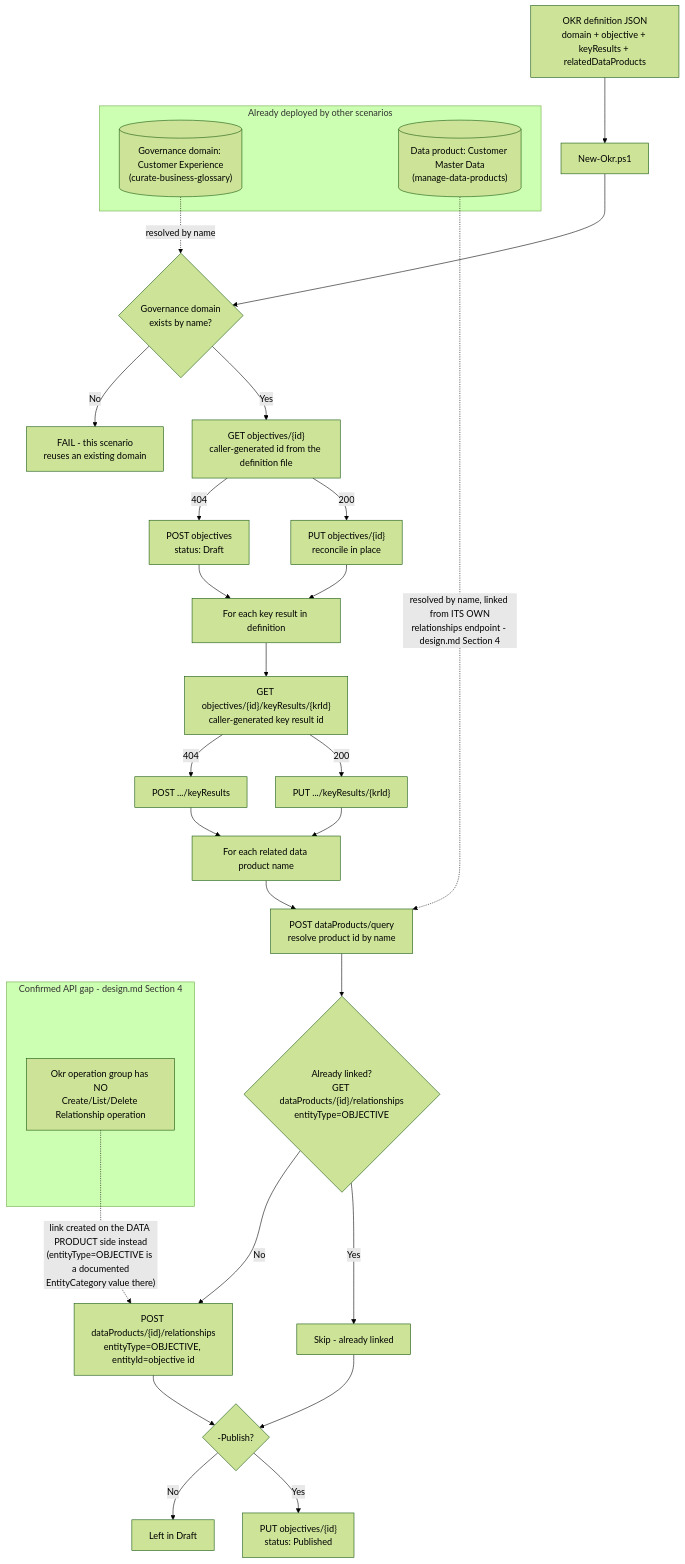
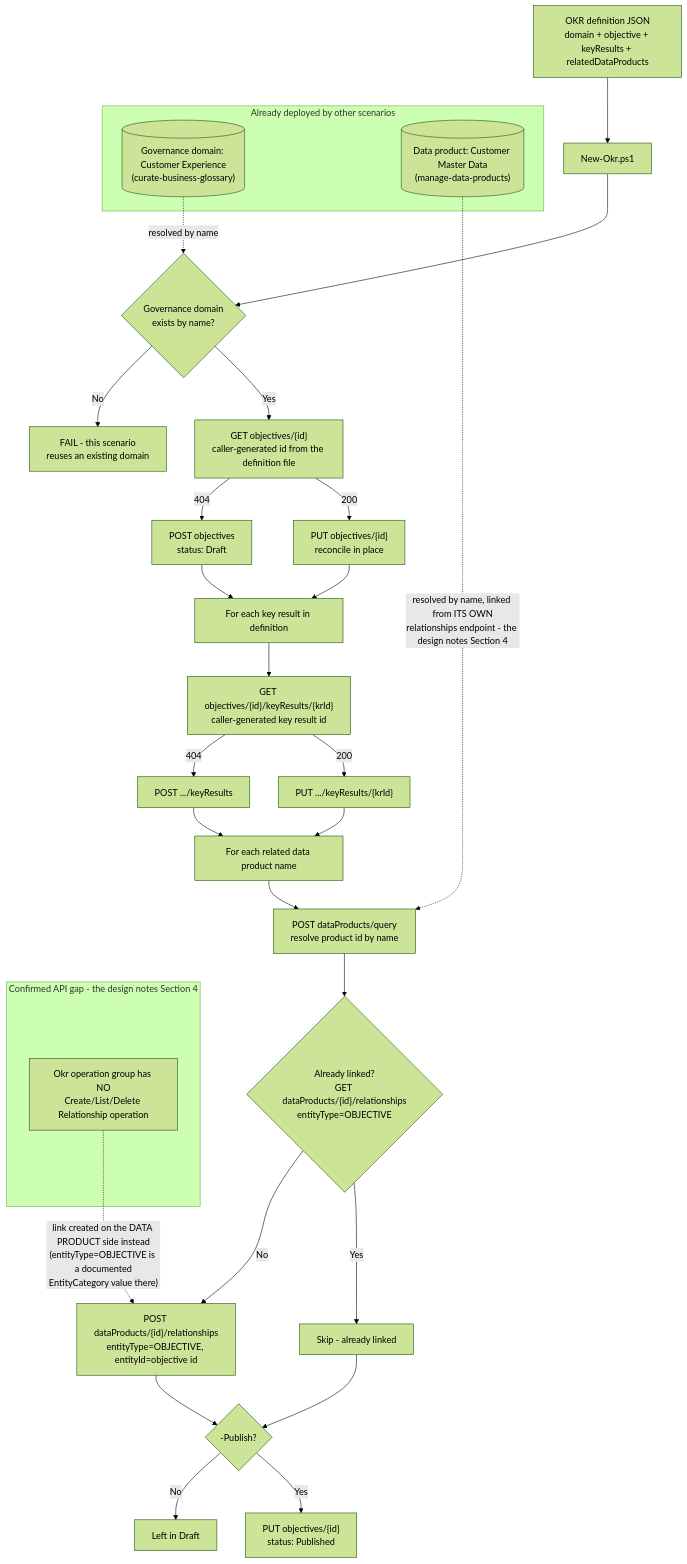
Before and after one commit to kpsec1/kpsec1.github.io: the diagram in src/content/scenarios/unified-catalog/manage-okrs.md, drawn with Mermaid (forest theme). The commit also changed 269 other files, not shown here.

````diff
--- a/src/content/scenarios/unified-catalog/manage-okrs.md
+++ b/src/content/scenarios/unified-catalog/manage-okrs.md
@@ -54,36 +54,36 @@
 ```mermaid
 flowchart TD
     A[OKR definition JSON<br/>domain + objective + keyResults + relatedDataProducts] --> B[New-Okr.ps1]
     B --> C{Governance domain<br/>exists by name?}
     C -- No --> X[FAIL - this scenario<br/>reuses an existing domain]
     C -- Yes --> D["GET objectives/{id}<br/>caller-generated id from the definition file"]
     D -- 404 --> E["POST objectives<br/>status: Draft"]
     D -- 200 --> F["PUT objectives/{id}<br/>reconcile in place"]
     E --> G
     F --> G[For each key result in definition]
     G --> H["GET objectives/{id}/keyResults/{krId}<br/>caller-generated key result id"]
     H -- 404 --> I["POST .../keyResults"]
     H -- 200 --> J["PUT .../keyResults/{krId}"]
     I --> K
     J --> K[For each related data product name]
     K --> L["POST dataProducts/query<br/>resolve product id by name"]
     L --> M{"Already linked?<br/>GET dataProducts/{id}/relationships<br/>entityType=OBJECTIVE"}
     M -- No --> N["POST dataProducts/{id}/relationships<br/>entityType=OBJECTIVE, entityId=objective id"]
     M -- Yes --> O[Skip - already linked]
     N --> P{-Publish?}
     O --> P
     P -- No --> Q[Left in Draft]
     P -- Yes --> R["PUT objectives/{id}<br/>status: Published"]
 
     subgraph Upstream["Already deployed by other scenarios"]
         DOM[("Governance domain: Customer Experience<br/>(curate-business-glossary)")]
         DP[("Data product: Customer Master Data<br/>(manage-data-products)")]
     end
     DOM -.->|resolved by name| C
-    DP -.->|resolved by name, linked from ITS OWN<br/>relationships endpoint - design.md Section 4| L
+    DP -.->|resolved by name, linked from ITS OWN<br/>relationships endpoint - the design notes Section 4| L
 
-    subgraph Gap["Confirmed API gap - design.md Section 4"]
+    subgraph Gap["Confirmed API gap - the design notes Section 4"]
         GAP["Okr operation group has NO<br/>Create/List/Delete Relationship operation"]
     end
     GAP -.->|"link created on the DATA PRODUCT side instead<br/>(entityType=OBJECTIVE is a documented<br/>EntityCategory value there)"| N
 ```
````
